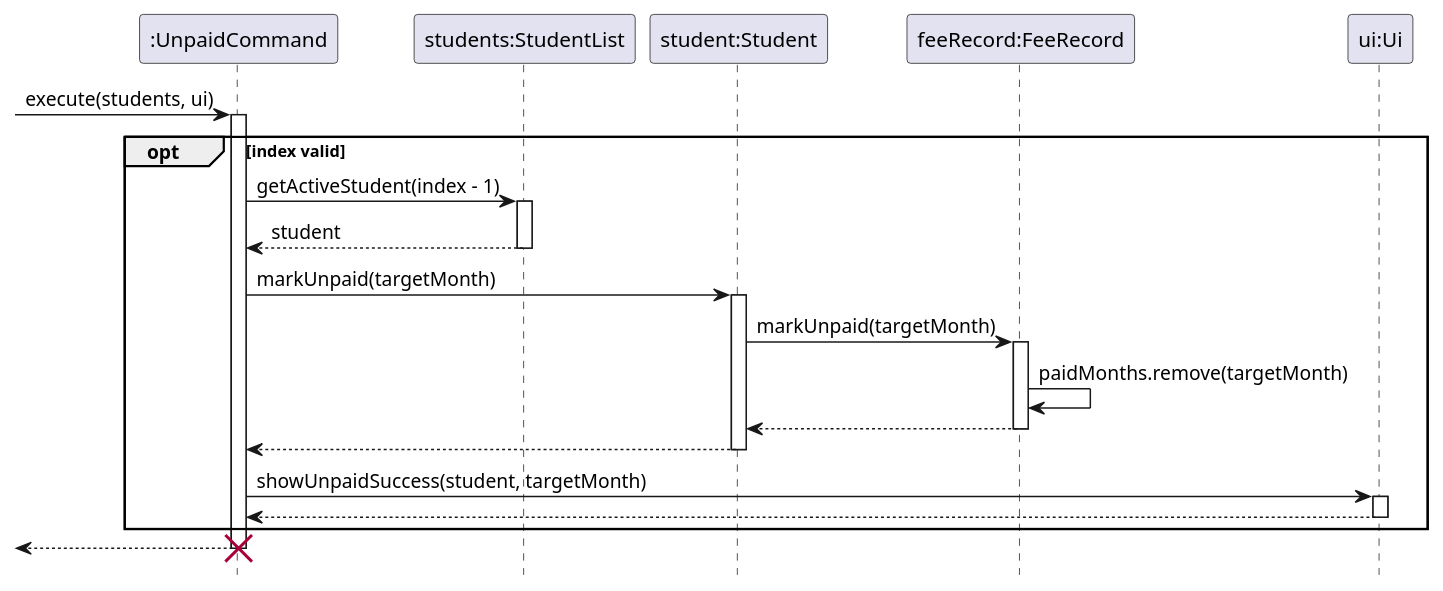
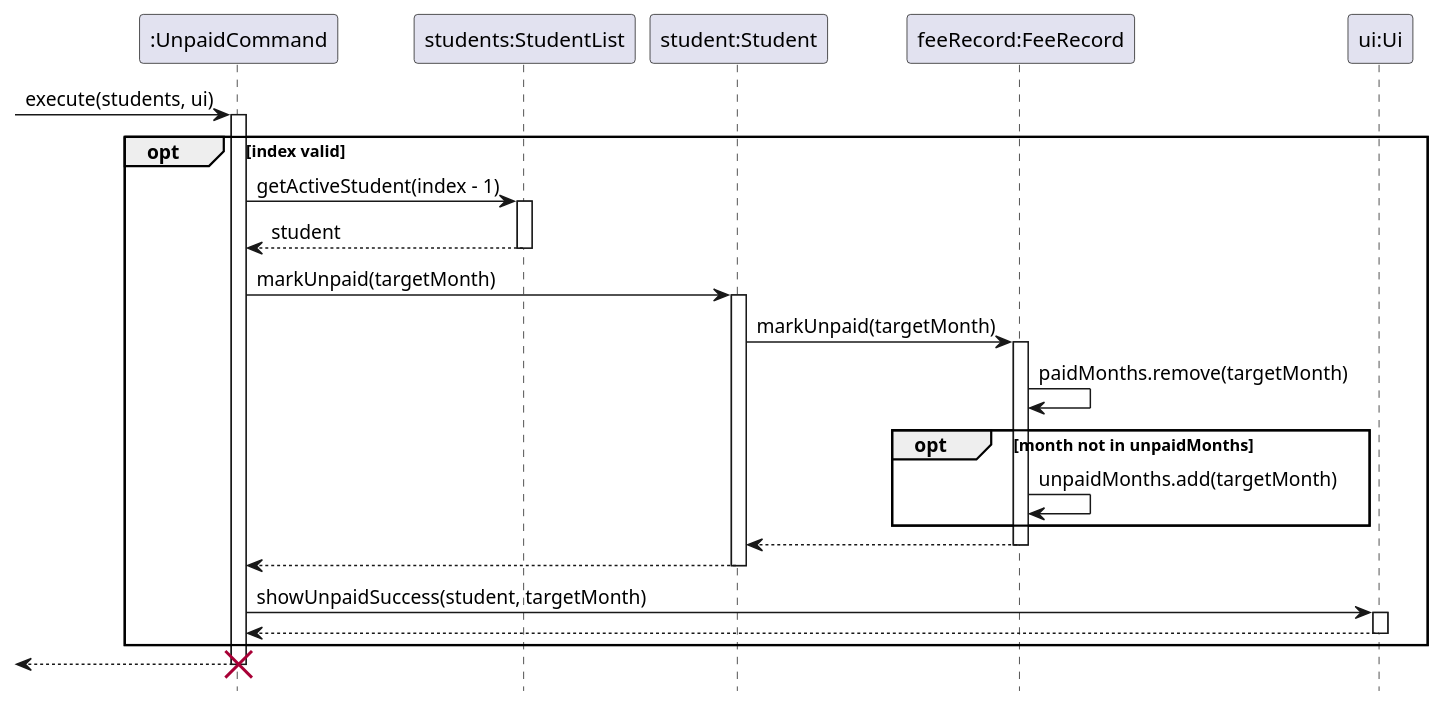
The diagram in docs/diagrams/UnpaidSequenceDiagram.puml (Alex-Chen-666/tp), drawn with PlantUML before and after one commit. The commit also changed 4 other files, not shown here.

```diff
--- a/docs/diagrams/UnpaidSequenceDiagram.puml
+++ b/docs/diagrams/UnpaidSequenceDiagram.puml
@@ -1,42 +1,49 @@
 @startuml
 hide footbox
 skinparam ArrowFontStyle normal
 
 participant ":UnpaidCommand" as UC
 participant "students:StudentList" as SL
 participant "student:Student" as S
 participant "feeRecord:FeeRecord" as FR
 participant "ui:Ui" as Ui
 
 [-> UC : execute(students, ui)
 activate UC
 
 opt index valid
 
     UC -> SL : getActiveStudent(index - 1)
     activate SL
     SL --> UC : student
     deactivate SL
 
     UC -> S : markUnpaid(targetMonth)
     activate S
     S -> FR : markUnpaid(targetMonth)
     activate FR
     FR -> FR : paidMonths.remove(targetMonth)
+
+    opt month not in unpaidMonths
+
+        FR -> FR : unpaidMonths.add(targetMonth)
+
+    end
+
     FR --> S
     deactivate FR
     S --> UC
     deactivate S
 
     UC -> Ui : showUnpaidSuccess(student, targetMonth)
     activate Ui
     Ui --> UC
     deactivate Ui
 
 end
 
 [<-- UC
 deactivate UC
 destroy UC
 
 @enduml
```
